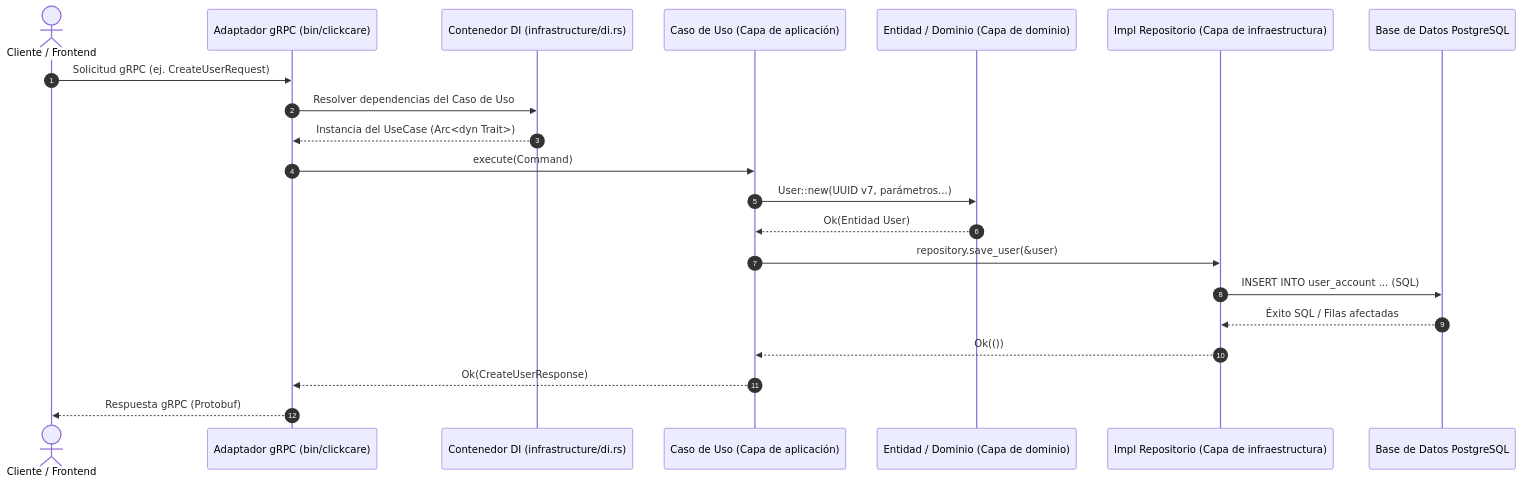
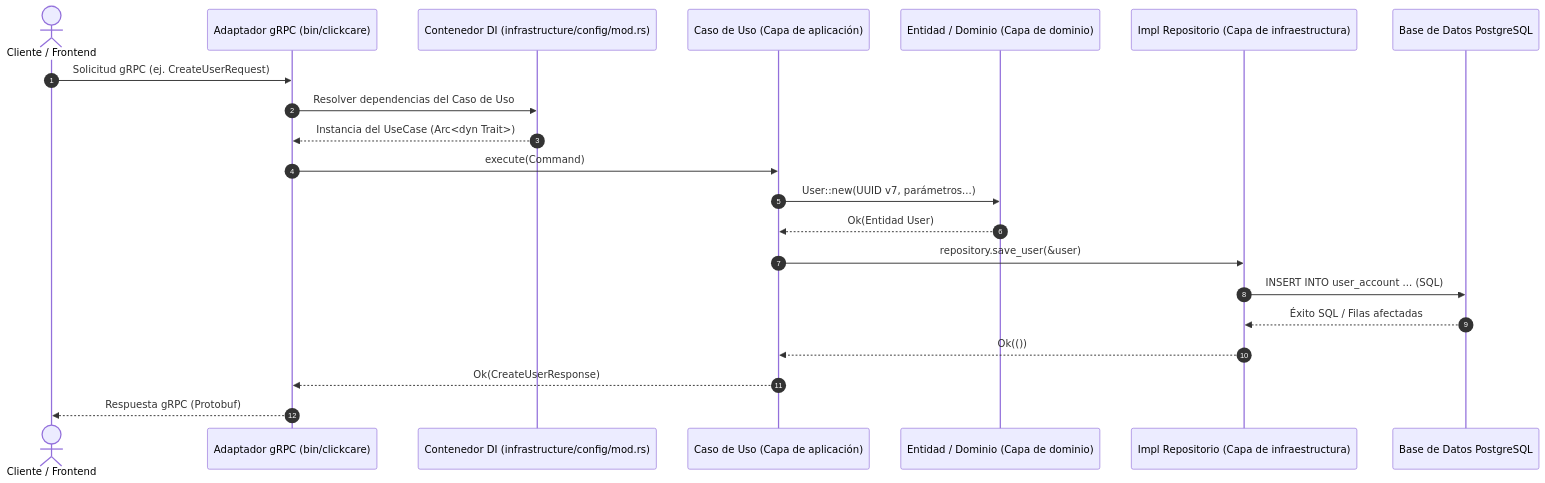
The second of 2 diagrams in backend/AGENTS.md (mamba-black/my-health-record), drawn with Mermaid before and after one commit. The commit also changed other lines of this file and 73 other files, not shown here.

````diff
--- a/backend/AGENTS.md
+++ b/backend/AGENTS.md
@@ -246,24 +246,24 @@
 ```mermaid
 sequenceDiagram
     autonumber
     actor Client as Cliente / Frontend
     participant gRPC as Adaptador gRPC (bin/clickcare)
-    participant DI as Contenedor DI (infrastructure/di.rs)
+    participant DI as Contenedor DI (infrastructure/config/mod.rs)
     participant UseCase as Caso de Uso (Capa de aplicación)
     participant Domain as Entidad / Dominio (Capa de dominio)
     participant Repo as Impl Repositorio (Capa de infraestructura)
     participant DB as Base de Datos PostgreSQL
 
     Client->>gRPC: Solicitud gRPC (ej. CreateUserRequest)
     gRPC->>DI: Resolver dependencias del Caso de Uso
     DI-->>gRPC: Instancia del UseCase (Arc<dyn Trait>)
     gRPC->>UseCase: execute(Command)
     UseCase->>Domain: User::new(UUID v7, parámetros...)
     Domain-->>UseCase: Ok(Entidad User)
     UseCase->>Repo: repository.save_user(&user)
     Repo->>DB: INSERT INTO user_account ... (SQL)
     DB-->>Repo: Éxito SQL / Filas afectadas
     Repo-->>UseCase: Ok(())
     UseCase-->>gRPC: Ok(CreateUserResponse)
     gRPC-->>Client: Respuesta gRPC (Protobuf)
 ```
````
